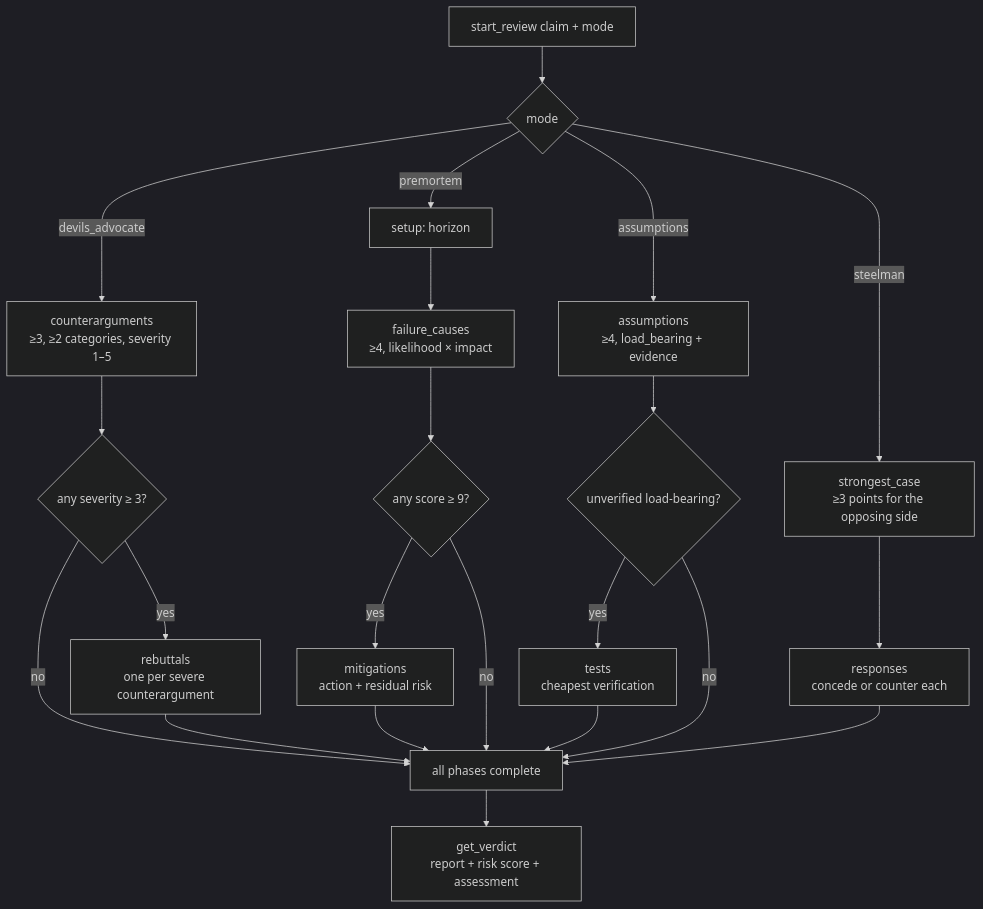
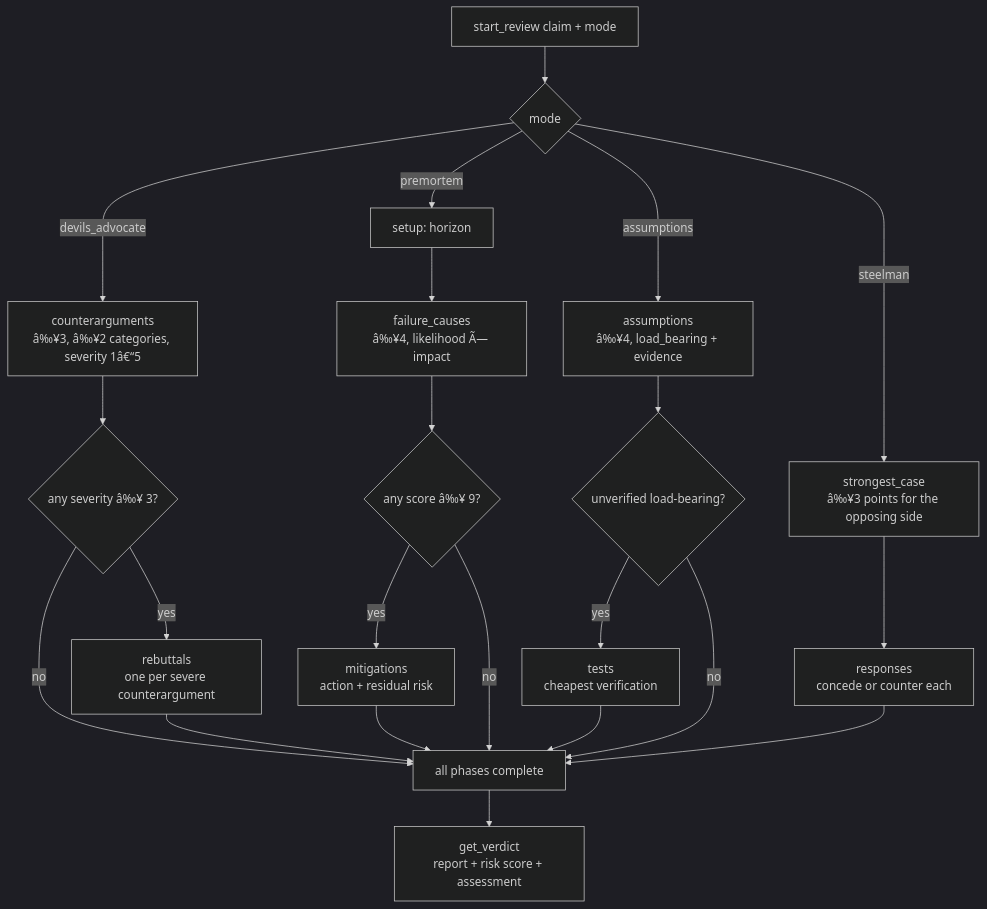
Before and after one commit to AleBrito124356/mcp-devils-advocate: the diagram in README.md, drawn with Mermaid (dark theme). The commit also changed other lines of this file and 1 other file, not shown here.

````diff
--- a/README.md
+++ b/README.md
@@ -39,20 +41,20 @@
 ```mermaid
 flowchart TD
     S[start_review claim + mode] --> M{mode}
-    M -->|devils_advocate| C["counterarguments<br/>≥3, ≥2 categories, severity 1–5"]
-    C --> D{any severity ≥ 3?}
+    M -->|devils_advocate| C["counterarguments<br/>â‰¥3, â‰¥2 categories, severity 1â€“5"]
+    C --> D{any severity â‰¥ 3?}
     D -->|yes| R["rebuttals<br/>one per severe counterargument"]
     D -->|no| V
     R --> V[all phases complete]
-    M -->|premortem| P1[setup: horizon] --> P2["failure_causes<br/>≥4, likelihood × impact"]
-    P2 --> P3{any score ≥ 9?}
+    M -->|premortem| P1[setup: horizon] --> P2["failure_causes<br/>â‰¥4, likelihood Ã— impact"]
+    P2 --> P3{any score â‰¥ 9?}
     P3 -->|yes| P4["mitigations<br/>action + residual risk"] --> V
     P3 -->|no| V
-    M -->|assumptions| A1["assumptions<br/>≥4, load_bearing + evidence"]
+    M -->|assumptions| A1["assumptions<br/>â‰¥4, load_bearing + evidence"]
     A1 --> A2{unverified load-bearing?}
     A2 -->|yes| A3["tests<br/>cheapest verification"] --> V
     A2 -->|no| V
-    M -->|steelman| T1["strongest_case<br/>≥3 points for the opposing side"]
+    M -->|steelman| T1["strongest_case<br/>â‰¥3 points for the opposing side"]
     T1 --> T2["responses<br/>concede or counter each"] --> V
     V --> G["get_verdict<br/>report + risk score + assessment"]
 ```
````
